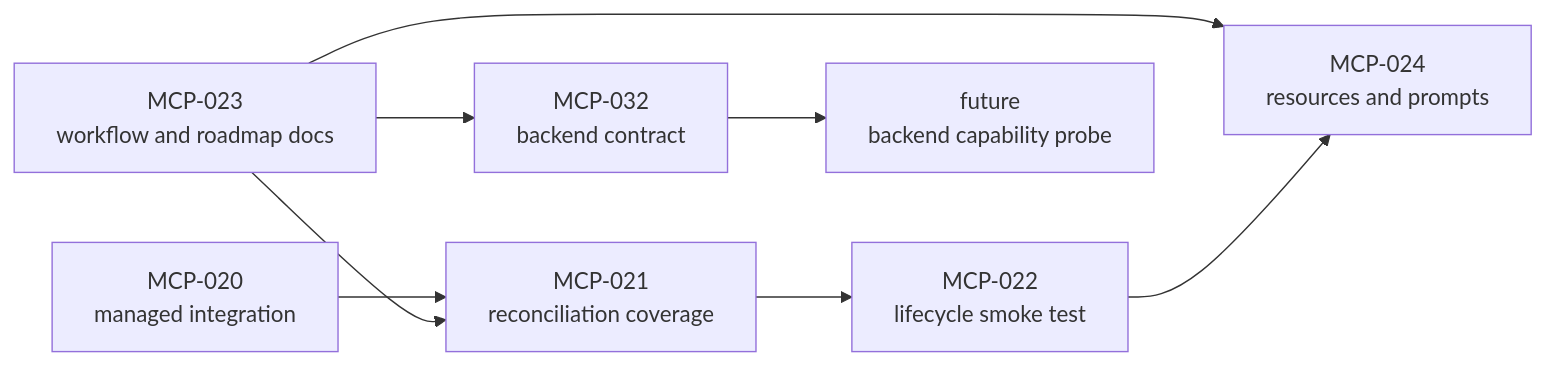
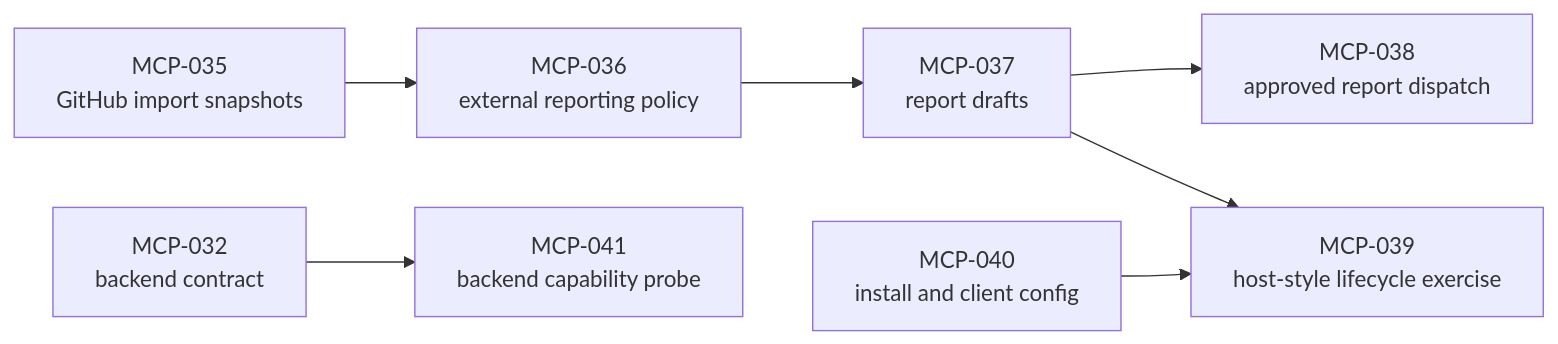
One commit to junousia/platypus-mcp changed the diagram in docs/roadmap.md. Above: the diagram before and after it, drawn with Mermaid. The commit also changed other lines of this file and 26 other files, not shown here.

First line of the commit message:
Add external reporting and storage probes

````diff
--- a/docs/roadmap.md
+++ b/docs/roadmap.md
@@ -33,17 +37,16 @@
 ```mermaid
 flowchart LR
-    done["MCP-020<br/>managed integration"]
-    docs["MCP-023<br/>workflow and roadmap docs"]
-    rec["MCP-021<br/>reconciliation coverage"]
-    smoke["MCP-022<br/>lifecycle smoke test"]
-    prompts["MCP-024<br/>resources and prompts"]
+    intake["MCP-035<br/>GitHub import snapshots"]
+    policy["MCP-036<br/>external reporting policy"]
+    draft["MCP-037<br/>report drafts"]
+    dispatch["MCP-038<br/>approved report dispatch"]
+    smoke["MCP-039<br/>host-style lifecycle exercise"]
+    install["MCP-040<br/>install and client config"]
     storage["MCP-032<br/>backend contract"]
-    probe["future<br/>backend capability probe"]
+    probe["MCP-041<br/>backend capability probe"]
 
-    done --> rec
-    docs --> rec
-    rec --> smoke
-    docs --> prompts
-    smoke --> prompts
-    docs --> storage --> probe
+    intake --> policy --> draft --> dispatch
+    draft --> smoke
+    install --> smoke
+    storage --> probe
 ```
````
